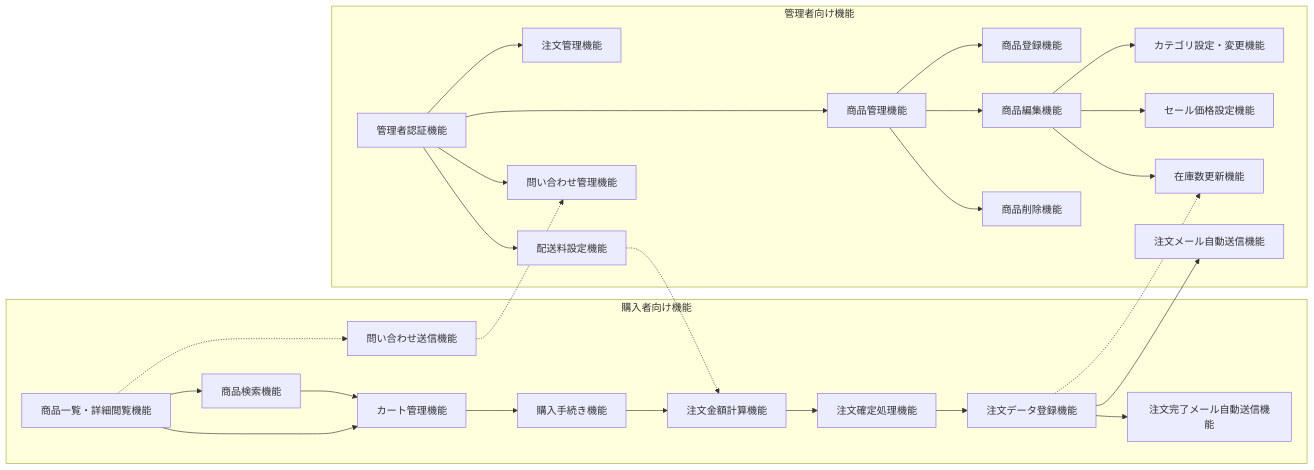
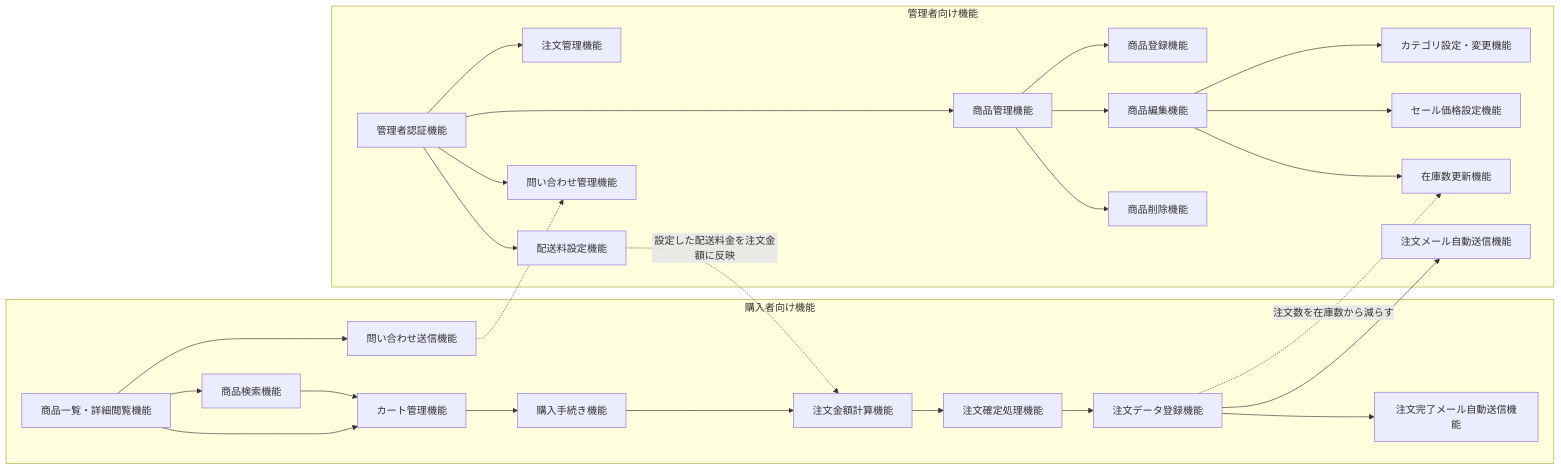
The second of 7 diagrams in 基本設計/提出用/基本設計書.md (Aoi-Yaegashi/teamF), drawn with Mermaid before and after one commit. The commit also changed other lines of this file, not shown here.

````diff
--- a/基本設計/提出用/基本設計書.md
+++ b/基本設計/提出用/基本設計書.md
@@ -193,56 +192,57 @@
 ```mermaid
 
 flowchart LR
   subgraph Front["購入者向け機能"]
     A[商品一覧・詳細閲覧機能]
     A1[商品検索機能]
     B[カート管理機能]
     C[購入手続き機能]
     D[注文金額計算機能]
     E[注文確定処理機能]
     F[注文データ登録機能]
     G[注文完了メール自動送信機能]
     H[問い合わせ送信機能]
   end
 
   subgraph Admin["管理者向け機能"]
     L[管理者認証機能]
     I[商品管理機能]
     I1[商品登録機能]
     I2[商品編集機能]
     I21[カテゴリ設定・変更機能]
     I22[セール価格設定機能]
     I23[在庫数更新機能]
     I3[商品削除機能]
     J[注文管理機能]
     M[配送料設定機能]
     N[問い合わせ管理機能]
     O[注文メール自動送信機能]
   end
 
 
   %% 購入フロー
   A --> B --> C --> D --> E --> F --> G
   A --> A1 --> B
 
   %% 問い合わせフロー
-  A -.-> H
+  A ---> H
 
   %% 管理者画面起点
   L --> I
   L --> J
   L --> M
   L --> N
 
   I --> I1 & I2 & I3
   I2 --> I21 & I22 & I23
-  F -.-> I23
+  F -.->|注文数を在庫数から減らす| I23
   F --> O
 
   %% 配送→支払選択の依存
-  M -.-> D
+  M -.->|設定した配送料金を注文金額に反映| D
+  
 
   %% 問い合わせ→管理への遷移
   H -.-> N
 
 ```
````
